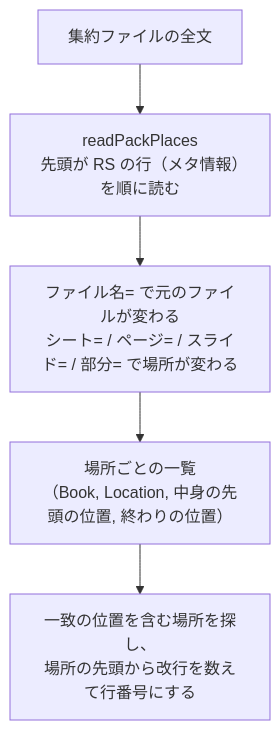
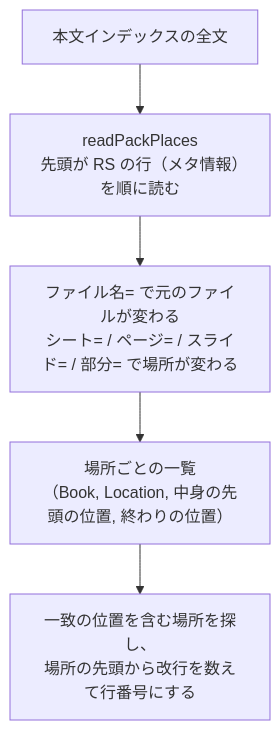
One commit to hsgwa/tebunko changed the second of 2 diagrams in docs/design/search/output.md. Above: the diagram before and after it, drawn with Mermaid. The commit also changed other lines of this file and 27 other files, not shown here.

````diff
--- a/docs/design/search/output.md
+++ b/docs/design/search/output.md
@@ -77,7 +77,7 @@
 ```mermaid
 flowchart TD
-    A["集約ファイルの全文"] --> B["readPackPlaces<br>先頭が RS の行（メタ情報）を順に読む"]
+    A["本文インデックスの全文"] --> B["readPackPlaces<br>先頭が RS の行（メタ情報）を順に読む"]
     B --> C["ファイル名= で元のファイルが変わる<br>シート= / ページ= / スライド= / 部分= で場所が変わる"]
     C --> D["場所ごとの一覧<br>（Book, Location, 中身の先頭の位置, 終わりの位置）"]
     D --> E["一致の位置を含む場所を探し、<br>場所の先頭から改行を数えて行番号にする"]
 ```
````
